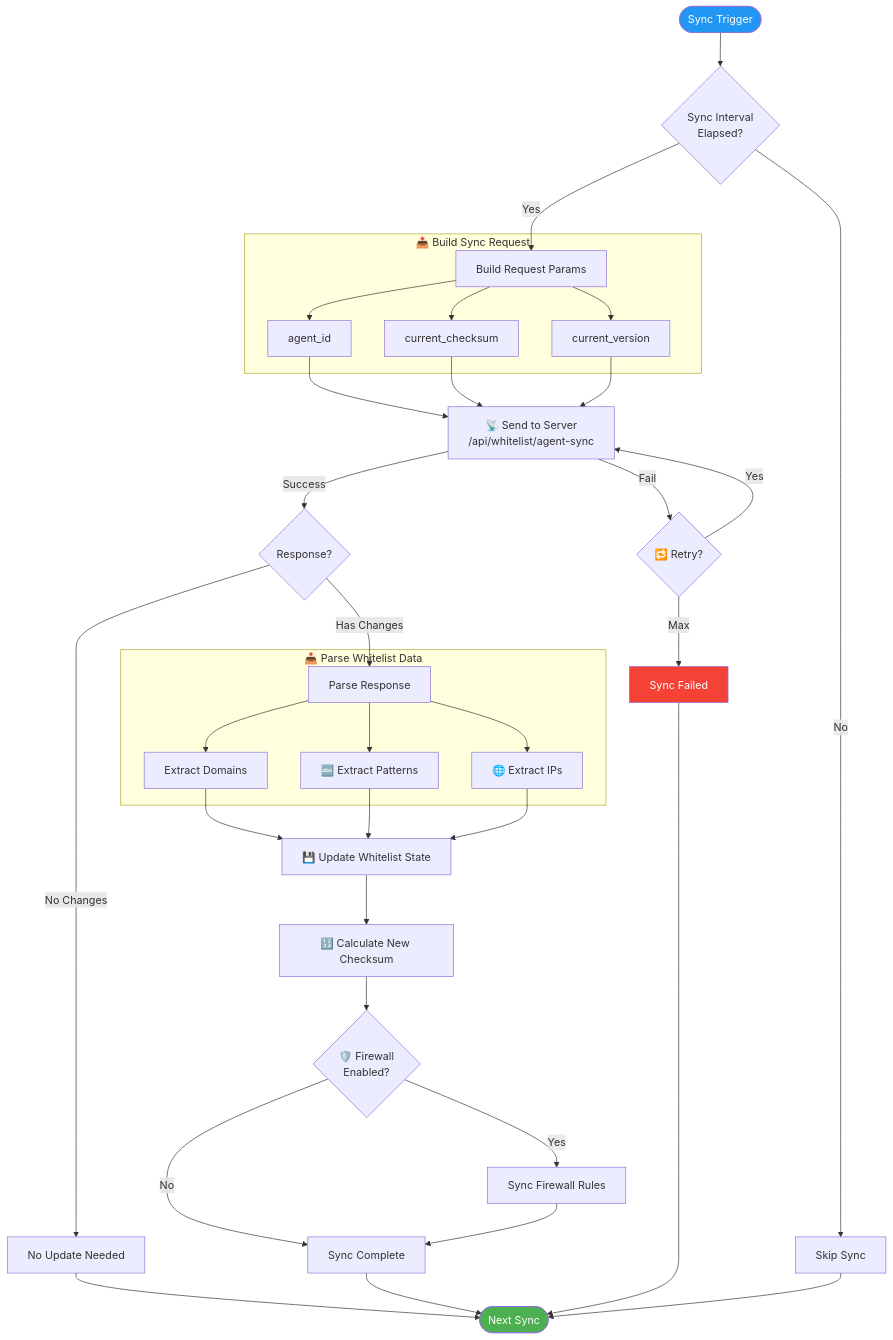
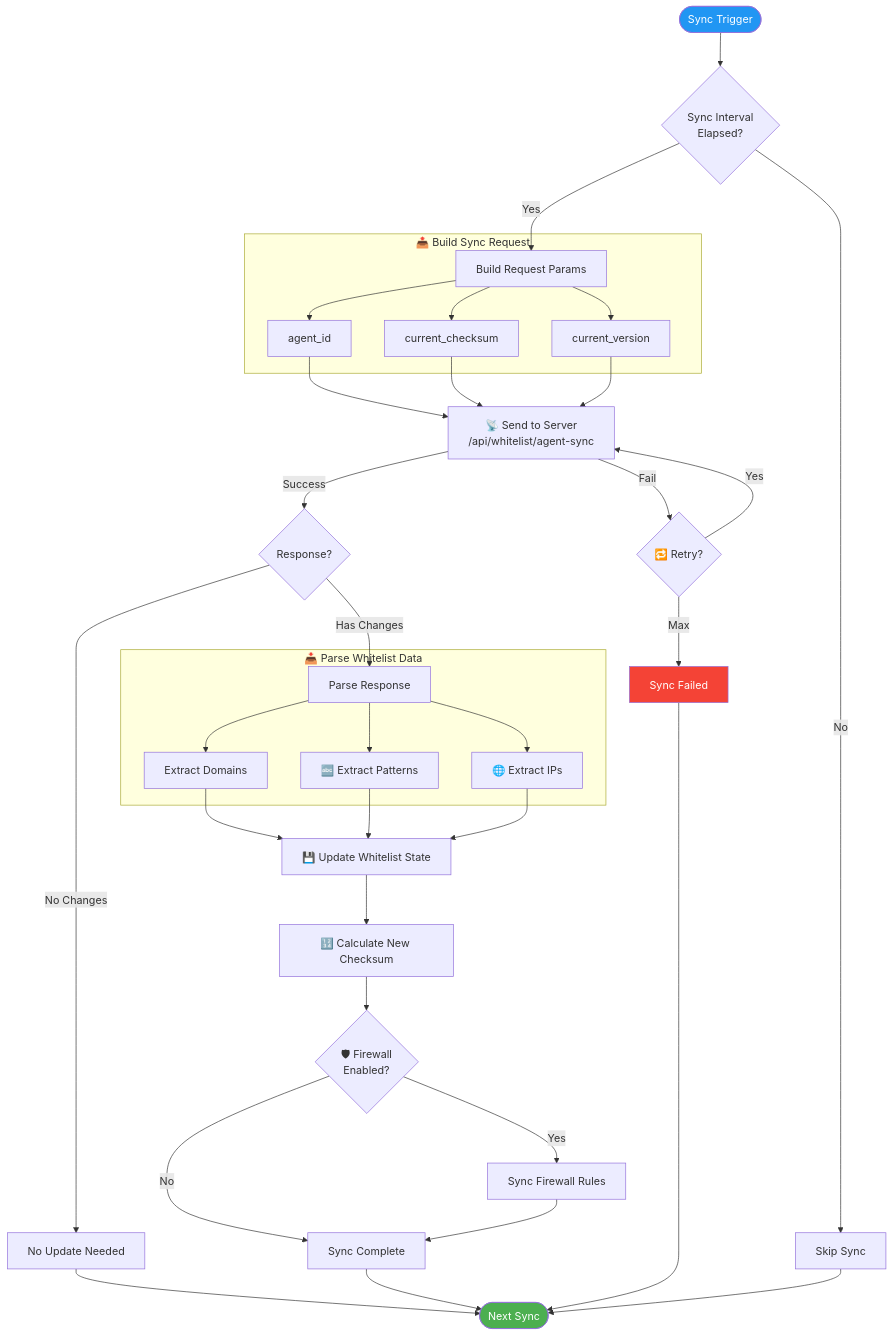
The sixth of 13 diagrams in docs/diagrams/FLOW_DIAGRAMS.md (Son0ngu/Centralized_Network_Access_Control_System_for_Computer_Labs), drawn with Mermaid before and after one commit. The commit also changed other lines of this file and 17 other files, not shown here.

````diff
--- a/docs/diagrams/FLOW_DIAGRAMS.md
+++ b/docs/diagrams/FLOW_DIAGRAMS.md
@@ -308,58 +308,58 @@
 ```mermaid
 flowchart TD
     TRIGGER([Sync Trigger]) --> CHECK_INTERVAL{"Sync Interval<br/>Elapsed?"}
     
     CHECK_INTERVAL --> |No| SKIP_SYNC["Skip Sync"]
     CHECK_INTERVAL --> |Yes| BUILD_REQUEST
     
     subgraph "📤 Build Sync Request"
         BUILD_REQUEST["Build Request Params"]
         BUILD_REQUEST --> AGENT_ID["agent_id"]
         BUILD_REQUEST --> CHECKSUM["current_checksum"]
         BUILD_REQUEST --> VERSION["current_version"]
     end
     
     AGENT_ID --> SEND_REQUEST
     CHECKSUM --> SEND_REQUEST
     VERSION --> SEND_REQUEST
     
     SEND_REQUEST["📡 Send to Server<br/>/api/whitelist/agent-sync"]
     
     SEND_REQUEST --> |Success| CHECK_RESPONSE{"Response?"}
     SEND_REQUEST --> |Fail| RETRY{"🔁 Retry?"}
     
     RETRY --> |Yes| SEND_REQUEST
     RETRY --> |Max| SYNC_FAIL["Sync Failed"]
     
     CHECK_RESPONSE --> |No Changes| NO_UPDATE["No Update Needed"]
     CHECK_RESPONSE --> |Has Changes| PARSE_DATA
     
     subgraph "📥 Parse Whitelist Data"
         PARSE_DATA["Parse Response"]
         PARSE_DATA --> DOMAINS["Extract Domains"]
         PARSE_DATA --> PATTERNS["🔤 Extract Patterns"]
         PARSE_DATA --> IPS["🌐 Extract IPs"]
     end
     
     DOMAINS --> UPDATE_STATE
     PATTERNS --> UPDATE_STATE
     IPS --> UPDATE_STATE
     
     UPDATE_STATE["💾 Update Whitelist State"]
     UPDATE_STATE --> CALC_CHECKSUM["🔢 Calculate New Checksum"]
     
-    CALC_CHECKSUM --> CHECK_FW{"🛡️ Firewall<br/>Enabled?"}
+    CALC_CHECKSUM --> CHECK_FW{"🛡 Firewall<br/>Enabled?"}
     CHECK_FW --> |Yes| SYNC_FW["Sync Firewall Rules"]
     CHECK_FW --> |No| SYNC_COMPLETE
     
     SYNC_FW --> SYNC_COMPLETE["Sync Complete"]
     
     NO_UPDATE --> DONE([Next Sync])
     SYNC_COMPLETE --> DONE
     SYNC_FAIL --> DONE
     SKIP_SYNC --> DONE
     
     style TRIGGER fill:#2196F3,color:#fff
     style DONE fill:#4CAF50,color:#fff
     style SYNC_FAIL fill:#f44336,color:#fff
 ```
````
